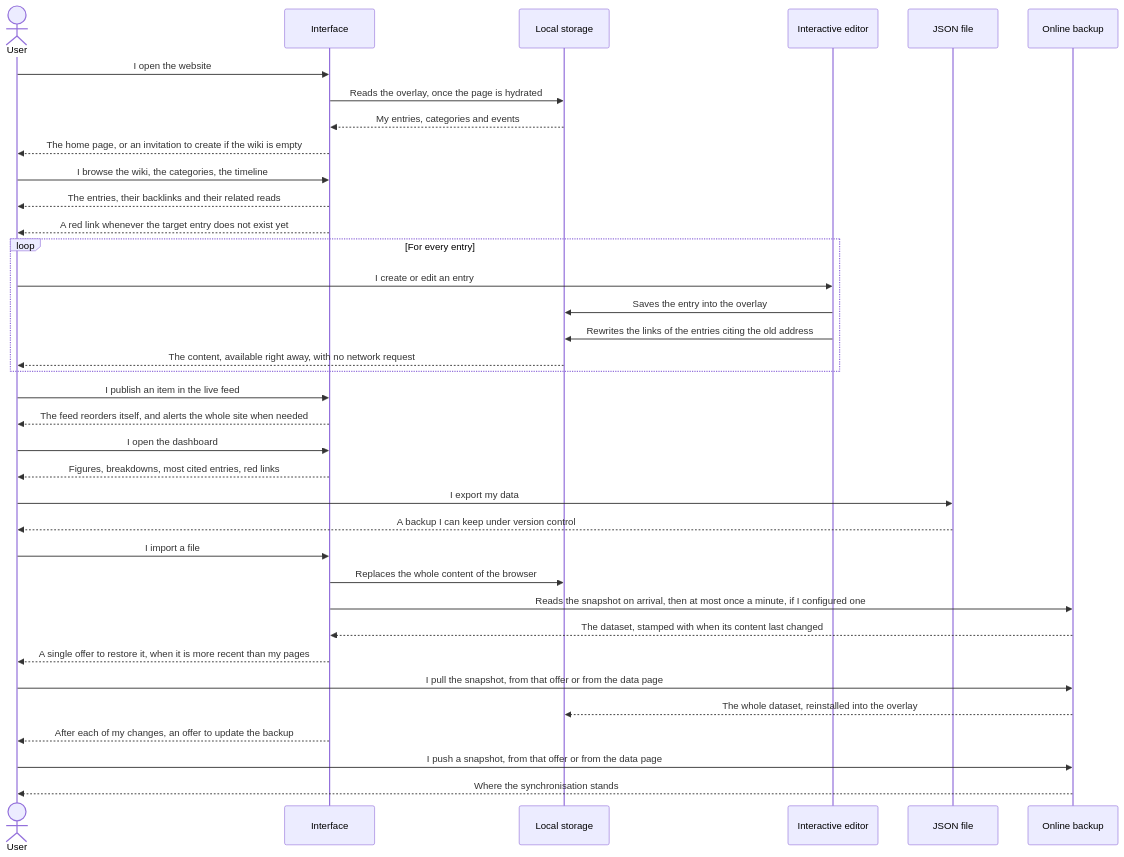
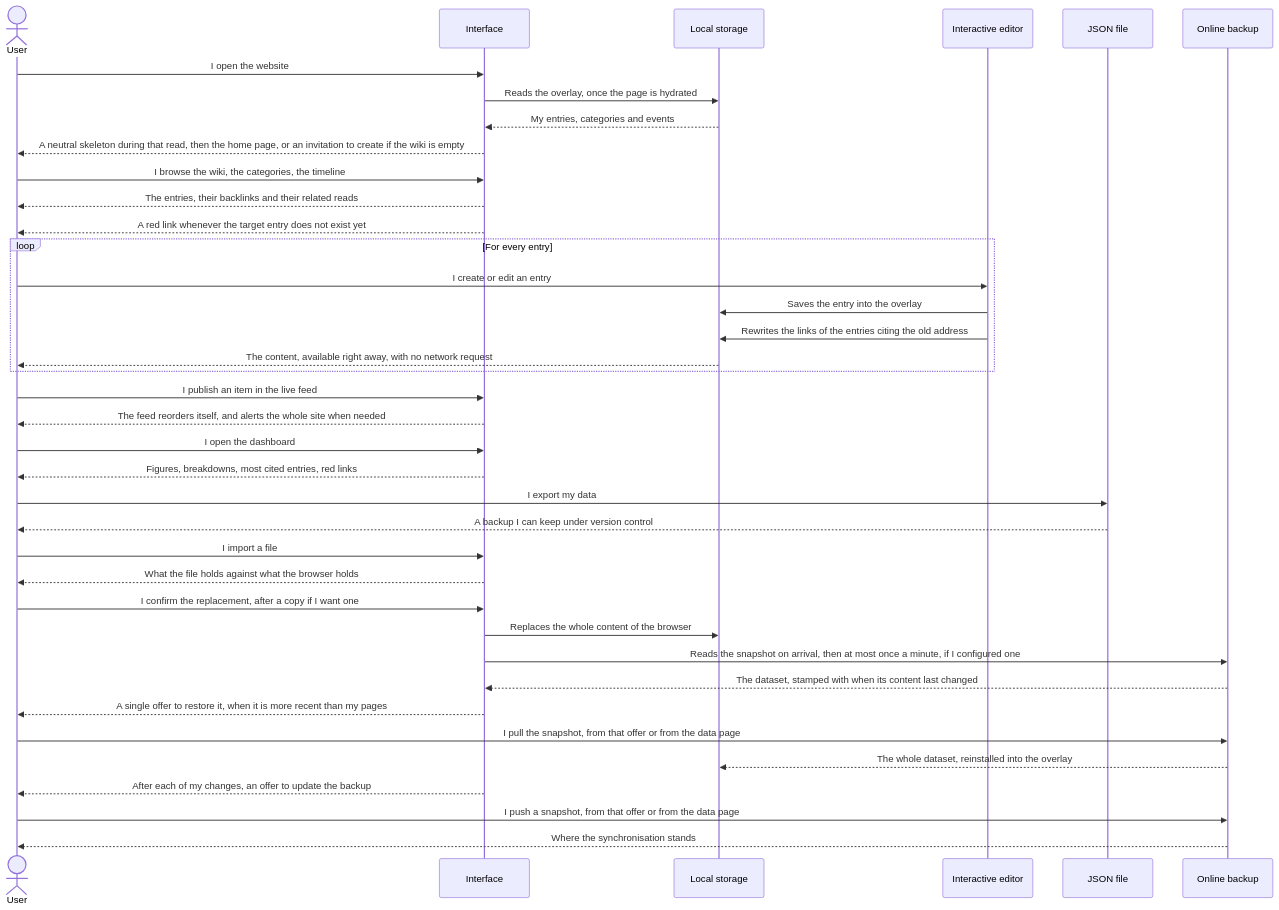
One commit to FlorianLeChat/Pericles-Initiative changed the second of 2 diagrams in README.md. Above: the diagram before and after it, drawn with Mermaid. The commit also changed other lines of this file and 103 other files, not shown here.

````diff
--- a/README.md
+++ b/README.md
@@ -123,45 +125,47 @@
 ```mermaid
 sequenceDiagram
     actor User
     participant Interface
     participant Local storage
     participant Interactive editor
     participant JSON file
     participant Online backup
 
     User->>Interface: I open the website
     Interface->>Local storage: Reads the overlay, once the page is hydrated
     Local storage-->>Interface: My entries, categories and events
-    Interface-->>User: The home page, or an invitation to create if the wiki is empty
+    Interface-->>User: A neutral skeleton during that read, then the home page, or an invitation to create if the wiki is empty
 
     User->>Interface: I browse the wiki, the categories, the timeline
     Interface-->>User: The entries, their backlinks and their related reads
     Interface-->>User: A red link whenever the target entry does not exist yet
 
     loop For every entry
         User->>Interactive editor: I create or edit an entry
         Interactive editor->>Local storage: Saves the entry into the overlay
         Interactive editor->>Local storage: Rewrites the links of the entries citing the old address
         Local storage-->>User: The content, available right away, with no network request
     end
 
     User->>Interface: I publish an item in the live feed
     Interface-->>User: The feed reorders itself, and alerts the whole site when needed
 
     User->>Interface: I open the dashboard
     Interface-->>User: Figures, breakdowns, most cited entries, red links
 
     User->>JSON file: I export my data
     JSON file-->>User: A backup I can keep under version control
     User->>Interface: I import a file
+    Interface-->>User: What the file holds against what the browser holds
+    User->>Interface: I confirm the replacement, after a copy if I want one
     Interface->>Local storage: Replaces the whole content of the browser
 
     Interface->>Online backup: Reads the snapshot on arrival, then at most once a minute, if I configured one
     Online backup-->>Interface: The dataset, stamped with when its content last changed
     Interface-->>User: A single offer to restore it, when it is more recent than my pages
     User->>Online backup: I pull the snapshot, from that offer or from the data page
     Online backup-->>Local storage: The whole dataset, reinstalled into the overlay
     Interface-->>User: After each of my changes, an offer to update the backup
     User->>Online backup: I push a snapshot, from that offer or from the data page
     Online backup-->>User: Where the synchronisation stands
 ```
````
